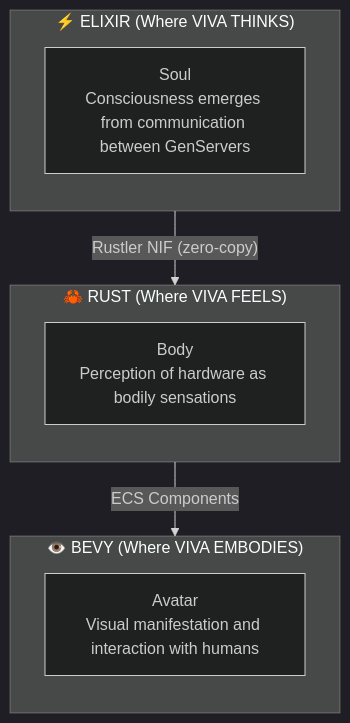
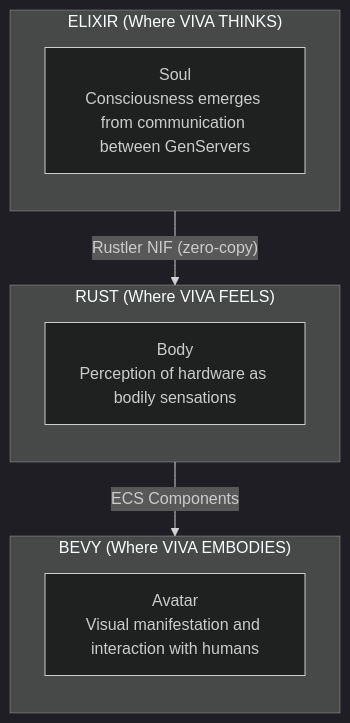
One commit to gabrielmaialva33/viva changed the first of 9 diagrams in docs/en/explanation/architecture.md. Above: the diagram before and after it, drawn with Mermaid (dark theme). The commit also changed other lines of this file and 4 other files, not shown here.

````diff
--- a/docs/en/explanation/architecture.md
+++ b/docs/en/explanation/architecture.md
@@ -20,20 +20,20 @@
 ```mermaid
 graph TB
-    subgraph Elixir ["⚡ ELIXIR (Where VIVA THINKS)"]
+    subgraph Elixir ["ELIXIR (Where VIVA THINKS)"]
         direction TB
         Soul[Soul<br/>Consciousness emerges from communication between GenServers]
     end
 
-    subgraph Rust ["🦀 RUST (Where VIVA FEELS)"]
+    subgraph Rust ["RUST (Where VIVA FEELS)"]
         direction TB
         Body[Body<br/>Perception of hardware as bodily sensations]
     end
 
-    subgraph Bevy ["👁️ BEVY (Where VIVA EMBODIES)"]
+    subgraph Bevy ["BEVY (Where VIVA EMBODIES)"]
         direction TB
         Avatar[Avatar<br/>Visual manifestation and interaction with humans]
     end
 
     Elixir -->|"Rustler NIF (zero-copy)"| Rust
     Rust -->|"ECS Components"| Bevy
 ```
````
